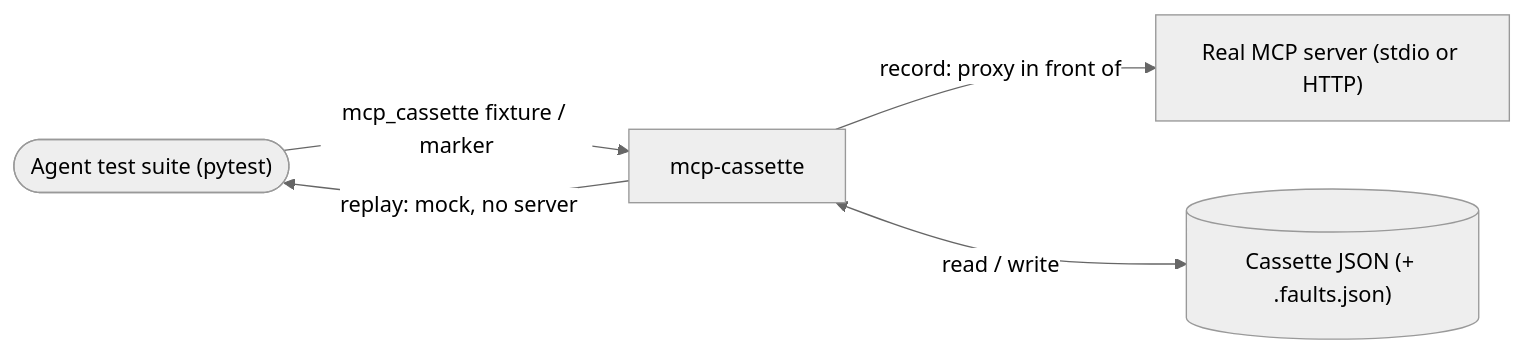
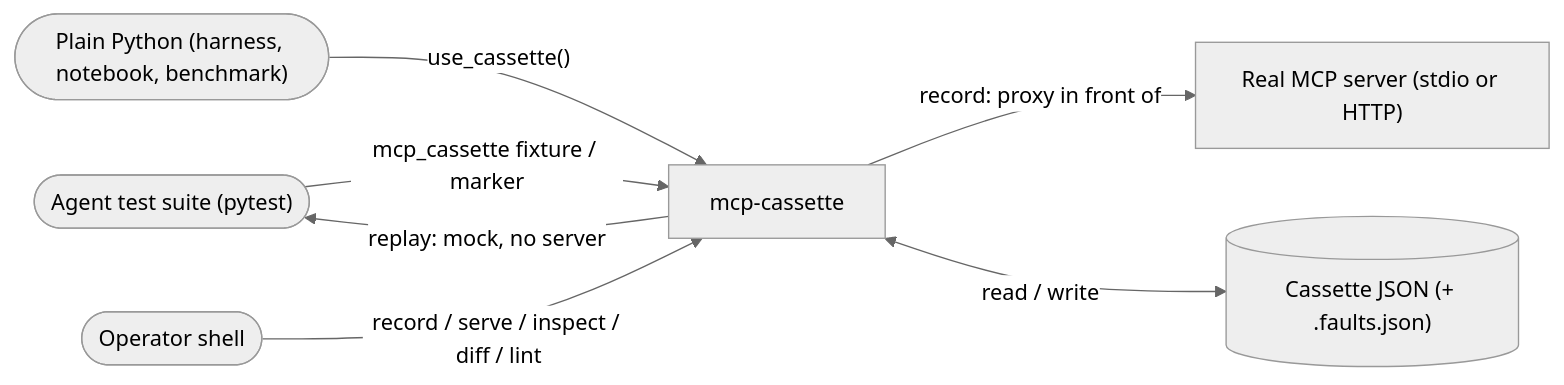
One commit to cheneeheng/mcp-cassette changed the first of 5 diagrams in .agents_workspace/ARCHITECTURE.md. Above: the diagram before and after it, drawn with Mermaid (neutral theme). The commit also changed other lines of this file, not shown here.

First line of the commit message:
docs(architecture): bring the living picture up to v0.3.0

````diff
--- a/.agents_workspace/ARCHITECTURE.md
+++ b/.agents_workspace/ARCHITECTURE.md
@@ -11,7 +11,9 @@
 ```mermaid
 flowchart LR
     suite(["Agent test suite (pytest)"]) -->|"mcp_cassette fixture / marker"| cass["mcp-cassette"]
+    code(["Plain Python (harness, notebook, benchmark)"]) -->|"use_cassette()"| cass
+    op(["Operator shell"]) -->|"record / serve / inspect / diff / lint"| cass
     cass -->|"record: proxy in front of"| server["Real MCP server (stdio or HTTP)"]
     cass -->|"replay: mock, no server"| suite
     cass <-->|"read / write"| file[("Cassette JSON (+ .faults.json)")]
 ```
````
